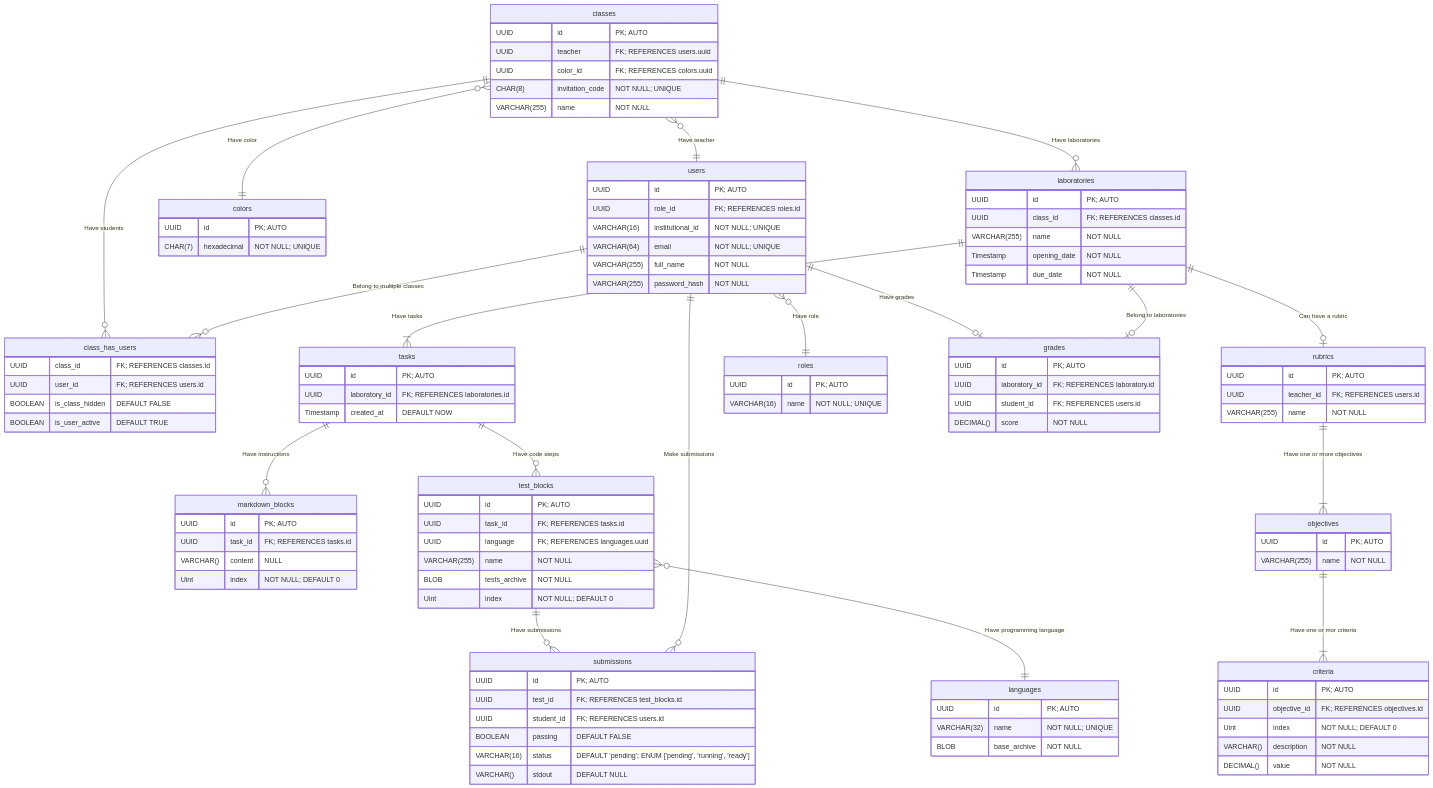
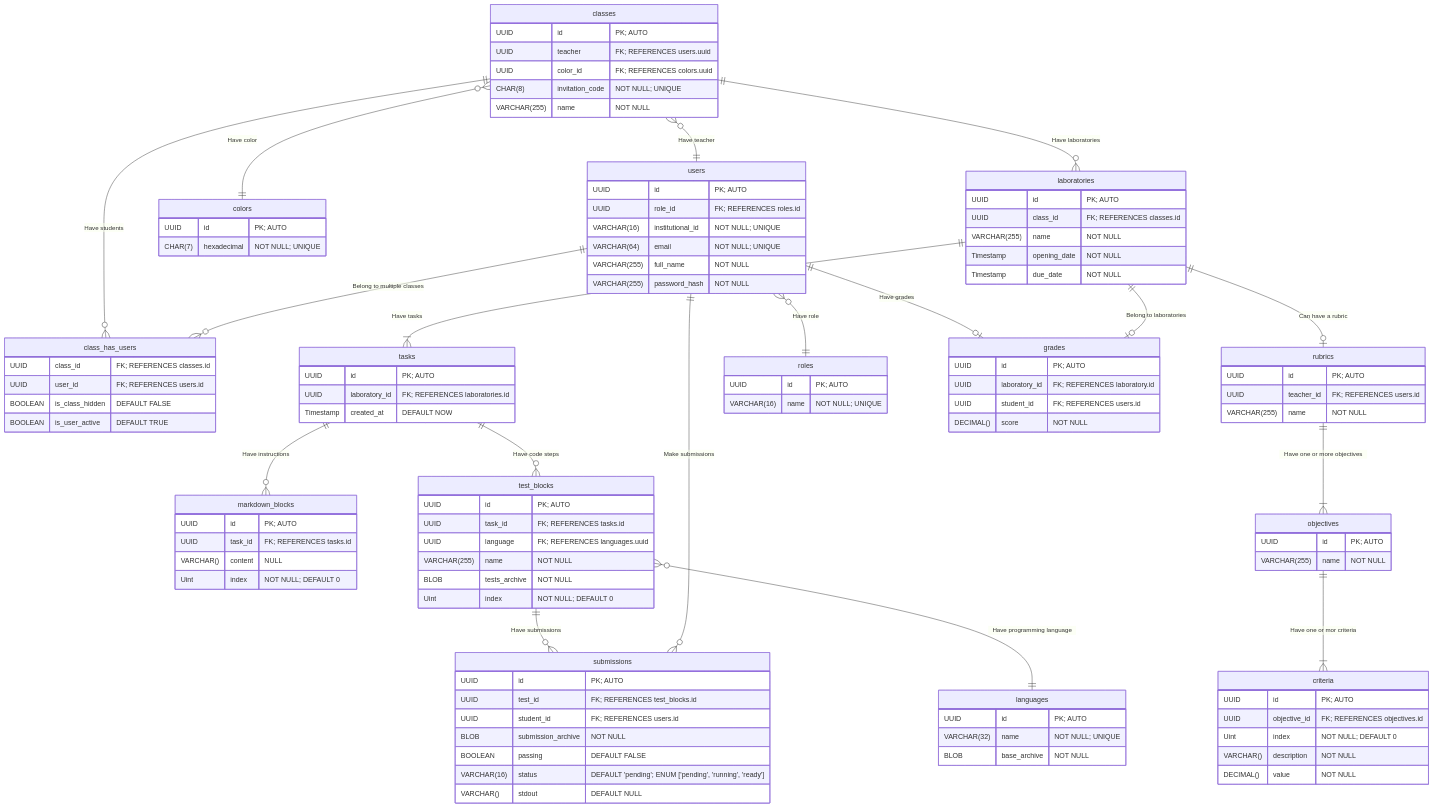
The diagram in diagrams/database/database.md (upb-code-labs/docs), drawn with Mermaid before and after one commit.

Commit message:
docs(db): Add a column in the submits table to store the zip

```diff
--- a/diagrams/database/database.md
+++ b/diagrams/database/database.md
@@ -97,12 +97,13 @@
     }
 
     submissions {
-        UUID            id              "PK; AUTO"
-        UUID            test_id         "FK; REFERENCES test_blocks.id"
-        UUID            student_id      "FK; REFERENCES users.id"
-        BOOLEAN         passing         "DEFAULT FALSE"
-        VARCHAR(16)     status          "DEFAULT 'pending'; ENUM ['pending', 'running', 'ready']"
-        VARCHAR()       stdout          "DEFAULT NULL"
+        UUID            id                  "PK; AUTO"
+        UUID            test_id             "FK; REFERENCES test_blocks.id"
+        UUID            student_id          "FK; REFERENCES users.id"
+        BLOB            submission_archive  "NOT NULL"
+        BOOLEAN         passing             "DEFAULT FALSE"
+        VARCHAR(16)     status              "DEFAULT 'pending'; ENUM ['pending', 'running', 'ready']"
+        VARCHAR()       stdout              "DEFAULT NULL"
     }
 
     rubrics {
```
